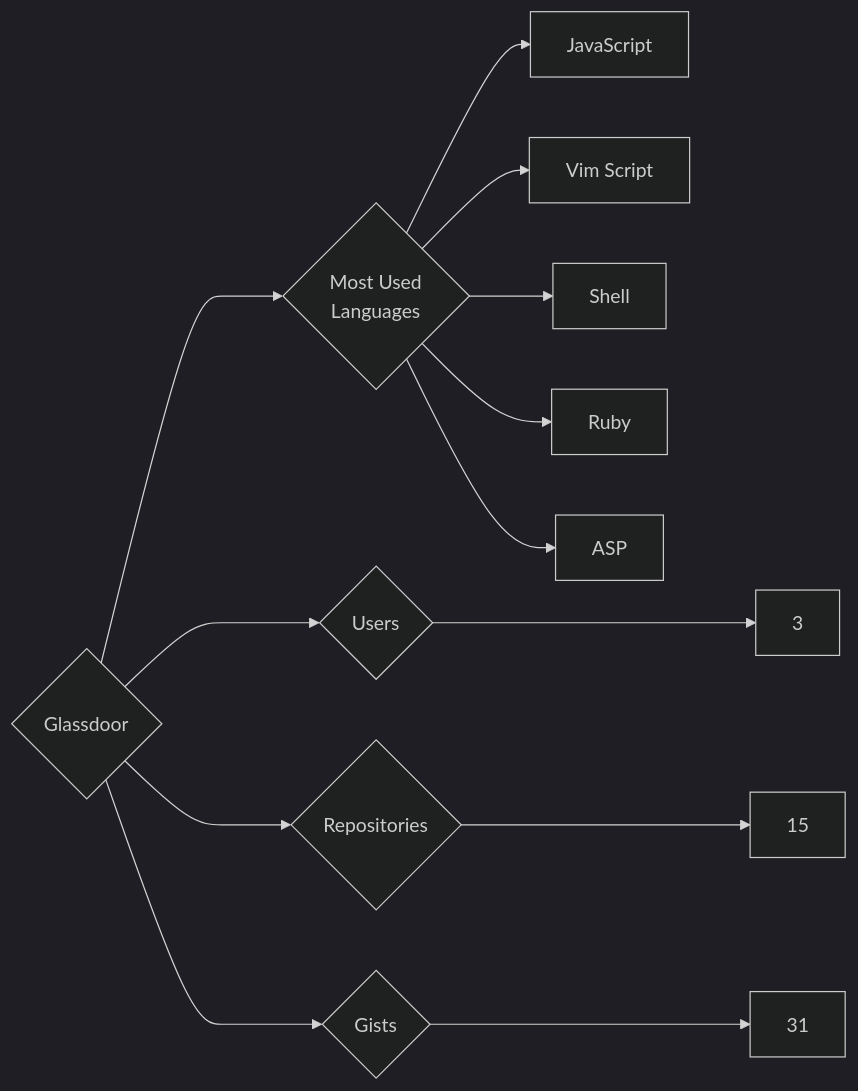
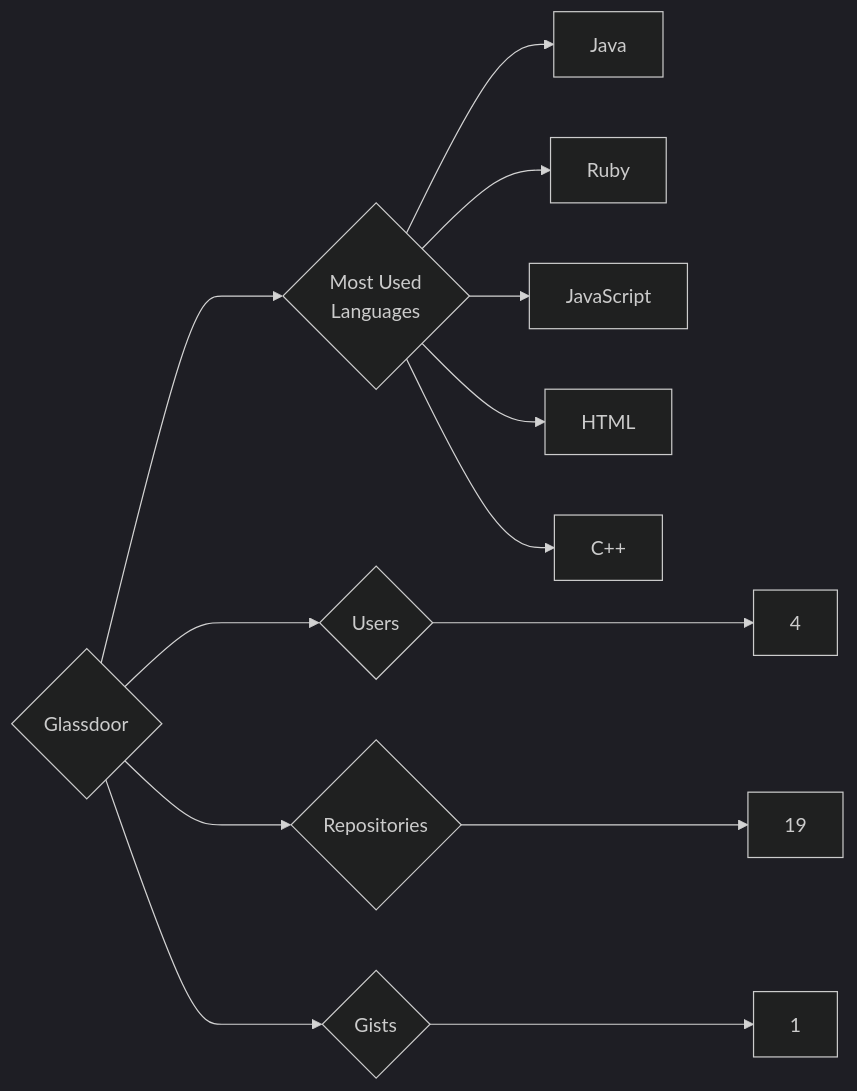
One commit to trickest/insiders changed the diagram in targets/Glassdoor/README.md. Above: the diagram before and after it, drawn with Mermaid (dark theme). The commit also changed 815 other files, not shown here.

````diff
--- a/targets/Glassdoor/README.md
+++ b/targets/Glassdoor/README.md
@@ -3,13 +3,13 @@
 ```mermaid
 graph LR
 COMPANY_NAME{Glassdoor}
-COMPANY_NAME ---> U{Users} ---> UN[3]
-COMPANY_NAME ---> R{Repositories} ---> RN[15]
-COMPANY_NAME ---> G{Gists} ---> GN[31]
+COMPANY_NAME ---> U{Users} ---> UN[4]
+COMPANY_NAME ---> R{Repositories} ---> RN[19]
+COMPANY_NAME ---> G{Gists} ---> GN[1]
 COMPANY_NAME ---> ML{Most Used<br>Languages}
+ML --> Java[Java]
+ML --> Ruby[Ruby]
 ML --> JavaScript[JavaScript]
-ML --> Vim_Script[Vim Script]
-ML --> Shell[Shell]
-ML --> Ruby[Ruby]
-ML --> ASP[ASP]
+ML --> HTML[HTML]
+ML --> C++[C++]
 ```
````
